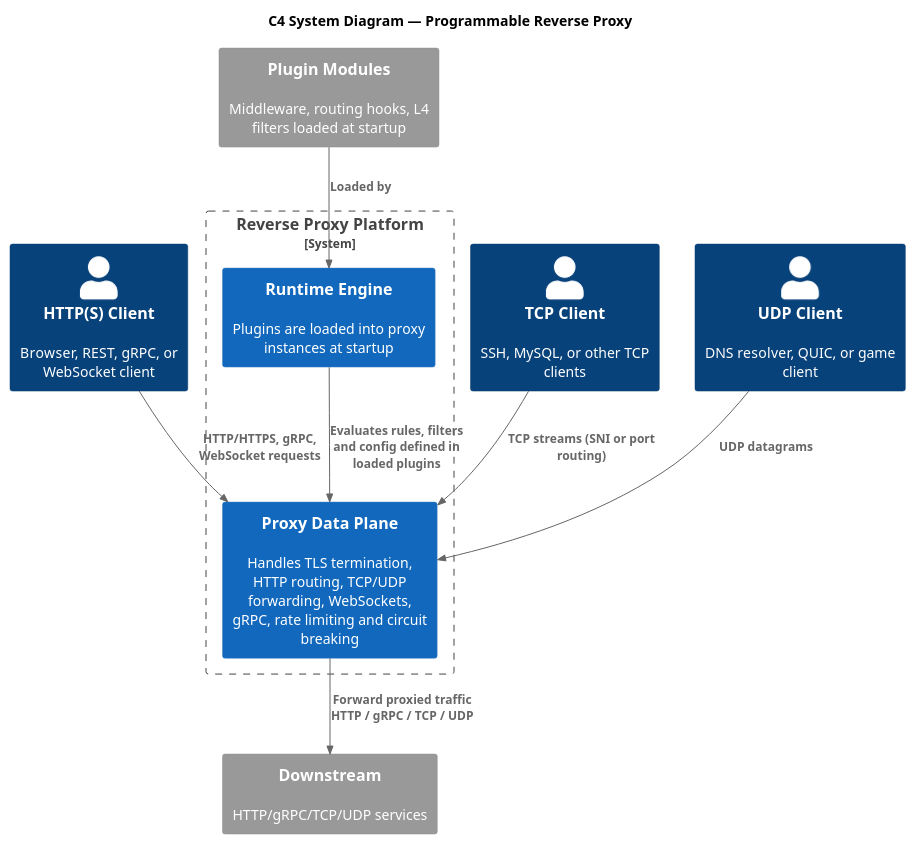
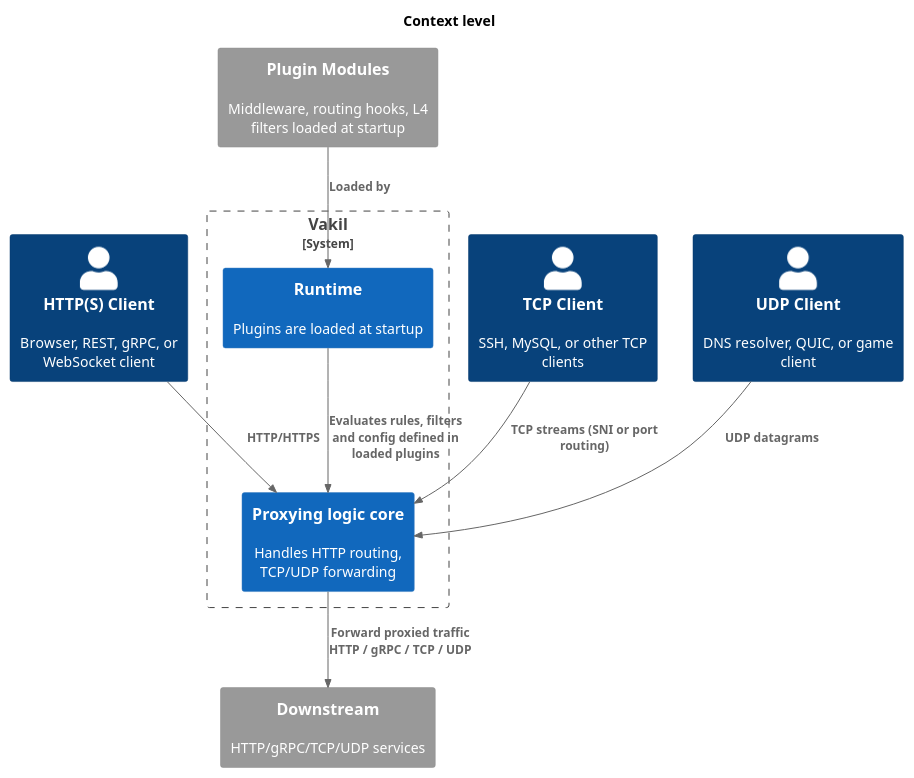
Before and after one commit to albertedwardson/vakil: the diagram in docs/arch/context.puml, drawn with PlantUML. The commit also changed 12 other files, not shown here.

First line of the commit message:
WIP: sync docs with impl, fix tcp and udp

```diff
--- a/docs/arch/context.puml
+++ b/docs/arch/context.puml
@@ -1,31 +1,30 @@
 @startuml C4Context
-
 !include https://raw.githubusercontent.com/plantuml-stdlib/C4-PlantUML/master/C4_Context.puml
 HIDE_STEREOTYPE()
 
-title C4 System Diagram — Programmable Reverse Proxy
+title Context level
 
 Person(httpClient, "HTTP(S) Client", "Browser, REST, gRPC, or WebSocket client")
 Person(tcpClient, "TCP Client", "SSH, MySQL, or other TCP clients")
 Person(udpClient, "UDP Client", "DNS resolver, QUIC, or game client")
 
 System_Ext(downstream, "Downstream","HTTP/gRPC/TCP/UDP services")
 
-System_Boundary(proxySystem, "Reverse Proxy Platform") {
-    System(proxyDataPlane, "Proxy Data Plane","Handles TLS termination, HTTP routing, TCP/UDP forwarding, WebSockets, gRPC, rate limiting and circuit breaking")
-    System(runtime, "Runtime Engine", "Plugins are loaded into proxy instances at startup")
+System_Boundary(proxySystem, "Vakil") {
+    System(proxyDataPlane, "Proxying logic core", "Handles HTTP routing, TCP/UDP forwarding")
+    System(runtime, "Runtime", "Plugins are loaded at startup")
 }
 
 System_Ext(pluginModules, "Plugin Modules", "Middleware, routing hooks, L4 filters loaded at startup")
 
 Rel(pluginModules, runtime, "Loaded by")
 
-Rel(httpClient, proxyDataPlane, "HTTP/HTTPS, gRPC, WebSocket requests")
+Rel(httpClient, proxyDataPlane, "HTTP/HTTPS")
 Rel(tcpClient, proxyDataPlane, "TCP streams (SNI or port routing)")
 Rel(udpClient, proxyDataPlane, "UDP datagrams")
 
 Rel(runtime, proxyDataPlane, "Evaluates rules, filters and config defined in loaded plugins")
 
 Rel(proxyDataPlane, downstream,"Forward proxied traffic\nHTTP / gRPC / TCP / UDP")
 
 @enduml
```
